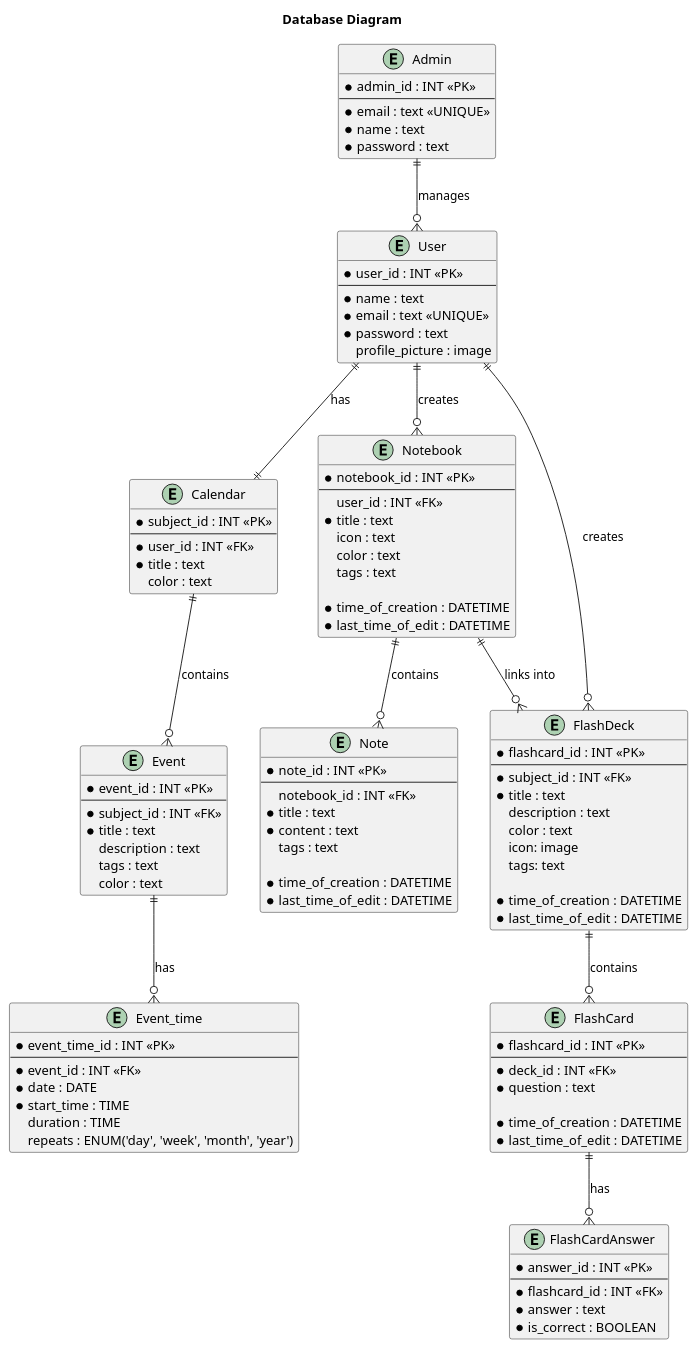
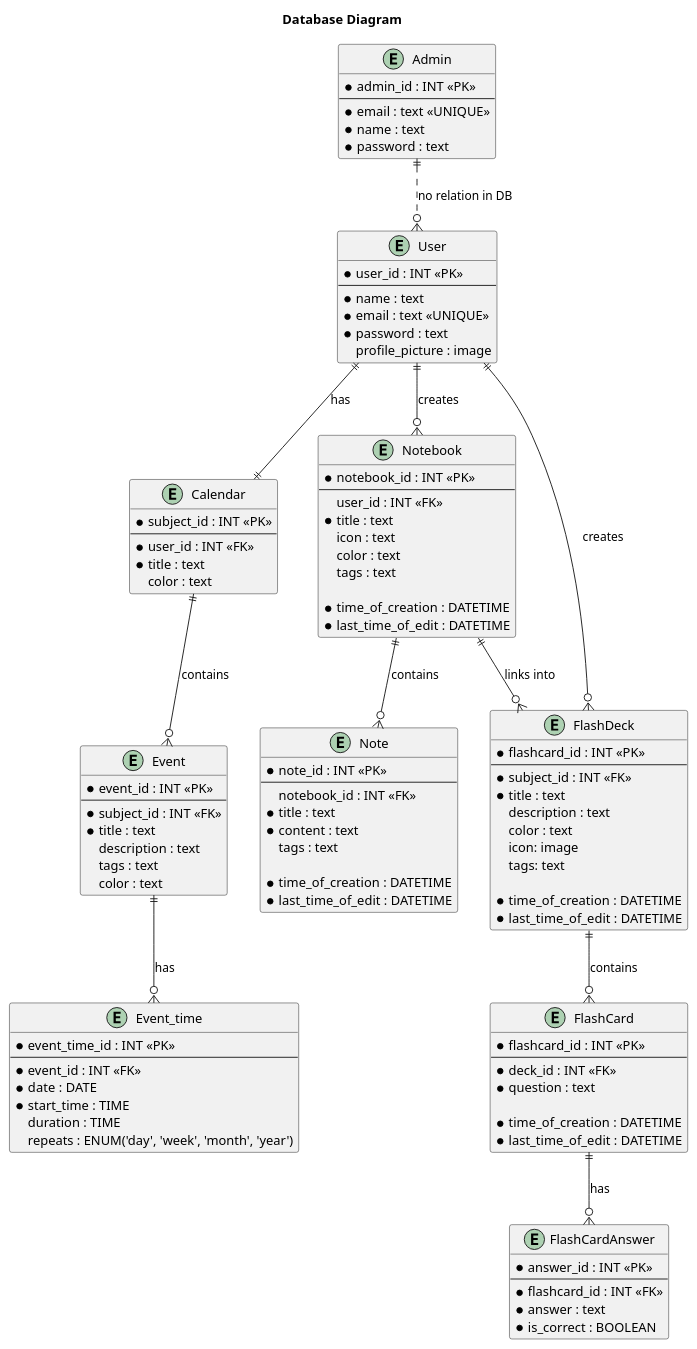
The diagram in DataBaseConcept.puml (xbugar/web_dev), drawn with PlantUML before and after one commit. The commit also changed 1 other file, not shown here.

```diff
--- a/DataBaseConcept.puml
+++ b/DataBaseConcept.puml
@@ -1,119 +1,119 @@
 @startuml
 skinparam shadowing false
 
 title Database Diagram
 
 entity User {
     * user_id : INT <<PK>>
     --
     * name : text
     * email : text <<UNIQUE>>
     * password : text
     profile_picture : image
 }
 
 entity Admin {
     * admin_id : INT <<PK>>
     --
     * email : text <<UNIQUE>>
     * name : text
     * password : text
 }
 
 entity Notebook {
     * notebook_id : INT <<PK>>
     --
     user_id : INT <<FK>>
     * title : text
     icon : text
     color : text
     tags : text
 
     * time_of_creation : DATETIME
     * last_time_of_edit : DATETIME
 }
 
 entity Note {
     * note_id : INT <<PK>>
     --
     notebook_id : INT <<FK>>
     * title : text
     * content : text
     tags : text
 
     * time_of_creation : DATETIME
     * last_time_of_edit : DATETIME
 }
 
 entity Calendar {
     * subject_id : INT <<PK>>
     --
     *user_id : INT <<FK>>
     * title : text
     color : text
 }
 
 entity Event {
     * event_id : INT <<PK>>
     --
     * subject_id : INT <<FK>>
     * title : text
     description : text
     tags : text
     color : text
 }
 
 entity Event_time {
     * event_time_id : INT <<PK>>
     --
     * event_id : INT <<FK>>
     * date : DATE
     * start_time : TIME
     duration : TIME
     repeats : ENUM('day', 'week', 'month', 'year')
 }
 
 entity FlashDeck {
     * flashcard_id : INT <<PK>>
     --
     * subject_id : INT <<FK>>
     * title : text
     description : text
     color : text
     icon: image
     tags: text
 
     * time_of_creation : DATETIME
     * last_time_of_edit : DATETIME
 }
 
 entity FlashCard {
     * flashcard_id : INT <<PK>>
     --
     * deck_id : INT <<FK>>
     * question : text
 
     * time_of_creation : DATETIME
     * last_time_of_edit : DATETIME
 }
 
 entity FlashCardAnswer {
     * answer_id : INT <<PK>>
     --
     * flashcard_id : INT <<FK>>
     * answer : text
     * is_correct : BOOLEAN
 }
 
-Admin       ||--o{ User             : manages
+Admin       ||..o{ User             : no relation in DB
 User        ||--o{ Notebook         : creates
 Notebook    ||--o{ Note             : contains
 User        ||--|| Calendar         : has
 Calendar    ||--o{ Event            : contains
 Event       ||--o{ Event_time       : has
 User        ||--o{ FlashDeck        : creates
 FlashDeck   ||--o{ FlashCard        : contains
 FlashCard   ||--o{ FlashCardAnswer  : has
 Notebook    ||--o{ FlashDeck        : links into
 
 @enduml
```
